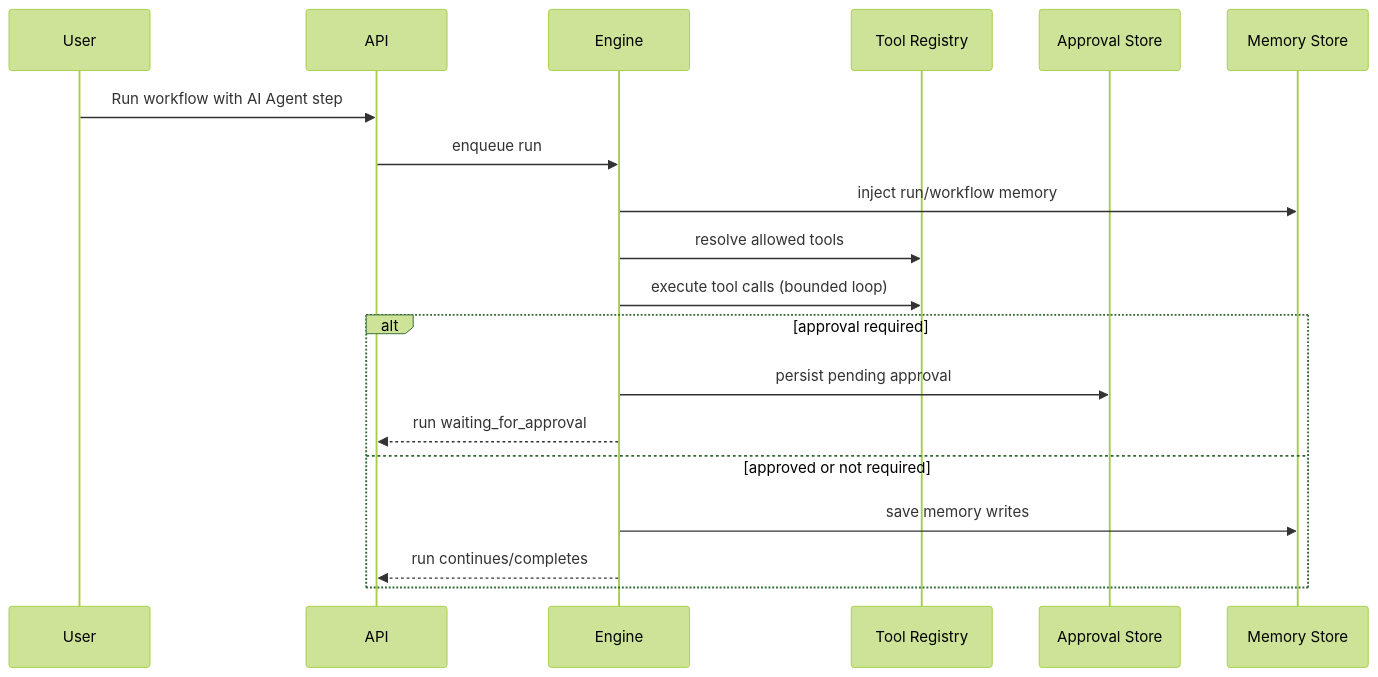
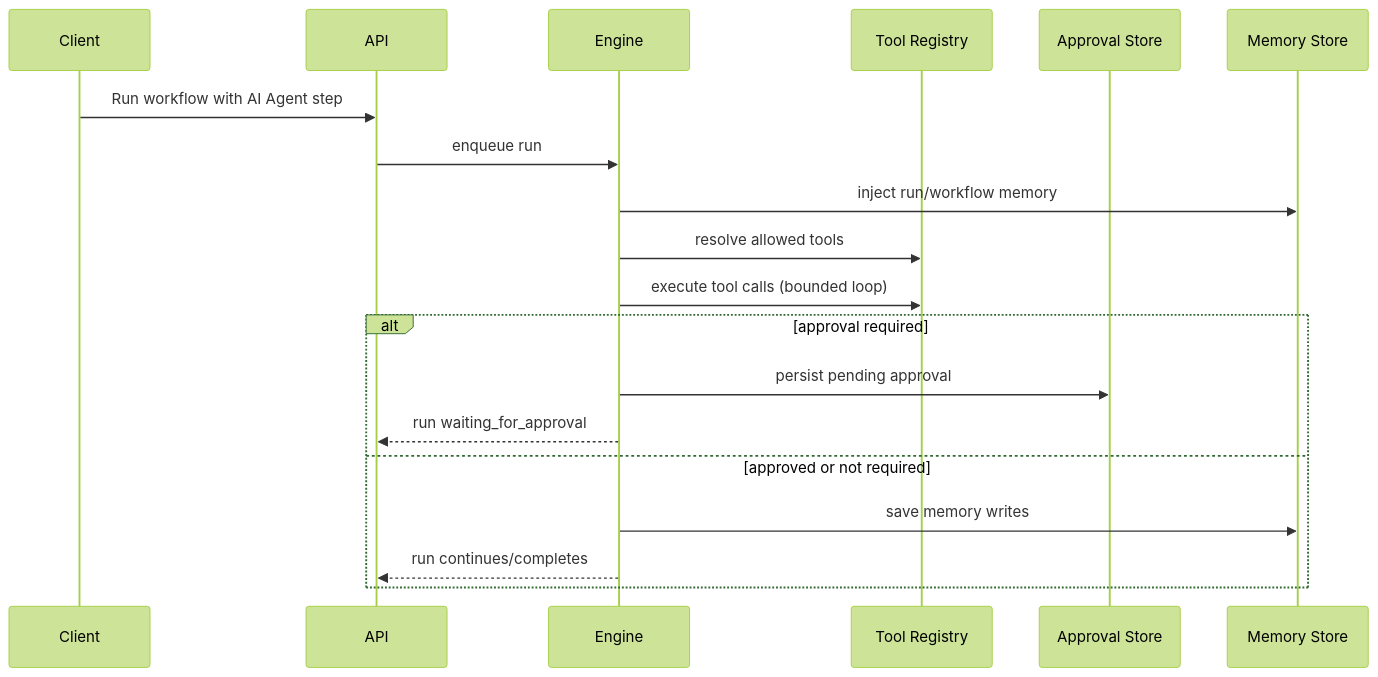
Before and after one commit to penyululz/integrator-project: the second of 2 diagrams in docs/architecture.md, drawn with Mermaid (forest theme). The commit also changed other lines of this file and 140 other files, not shown here.

````diff
--- a/docs/architecture.md
+++ b/docs/architecture.md
@@ -60,22 +52,22 @@
 ```mermaid
 sequenceDiagram
-  participant User
+  participant Client
   participant API
   participant Engine
   participant Tools as Tool Registry
   participant Approvals as Approval Store
   participant Memory as Memory Store
 
-  User->>API: Run workflow with AI Agent step
+  Client->>API: Run workflow with AI Agent step
   API->>Engine: enqueue run
   Engine->>Memory: inject run/workflow memory
   Engine->>Tools: resolve allowed tools
   Engine->>Tools: execute tool calls (bounded loop)
   alt approval required
     Engine->>Approvals: persist pending approval
     Engine-->>API: run waiting_for_approval
   else approved or not required
     Engine->>Memory: save memory writes
     Engine-->>API: run continues/completes
   end
 ```
````
